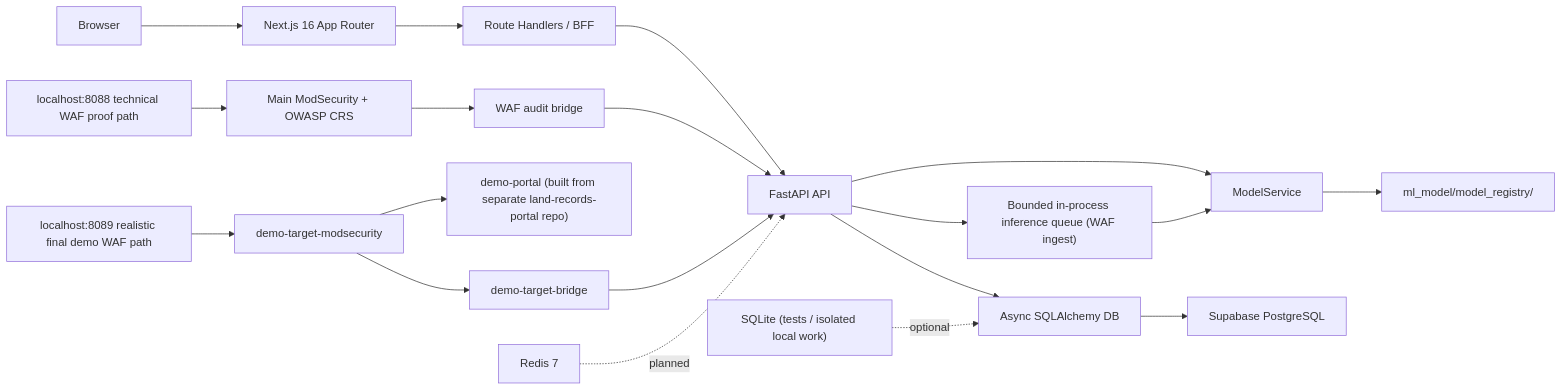
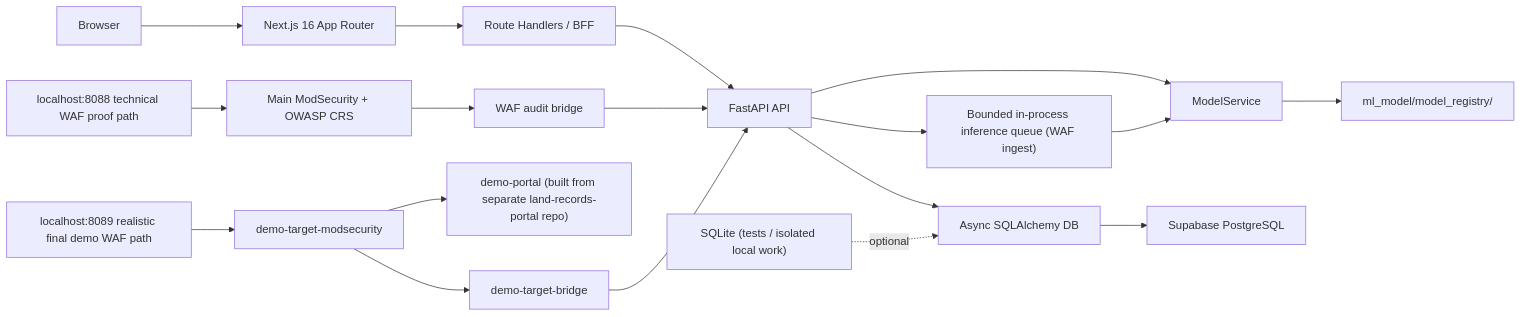
Before and after one commit to PooKYZZZ/injection-alert-system: the diagram in docs/architecture.md, drawn with Mermaid. The commit also changed other lines of this file and 11 other files, not shown here.

````diff
--- a/docs/architecture.md
+++ b/docs/architecture.md
@@ -11,22 +9,21 @@
 ```mermaid
 flowchart LR
     Browser["Browser"] --> Next["Next.js 16 App Router"]
     Next --> BFF["Route Handlers / BFF"]
     BFF --> FastAPI["FastAPI API"]
     FastAPI --> Model["ModelService"]
     FastAPI --> Queue["Bounded in-process inference queue (WAF ingest)"]
     Queue --> Model
     FastAPI --> DB["Async SQLAlchemy DB"]
     Model --> Registry["ml_model/model_registry/"]
     DB --> Supabase["Supabase PostgreSQL"]
 
     SQLite["SQLite (tests / isolated local work)"] -. optional .-> DB
     WAFProof["localhost:8088 technical WAF proof path"] --> ModSec["Main ModSecurity + OWASP CRS"]
     ModSec --> Bridge["WAF audit bridge"]
     Bridge --> FastAPI
     DemoWAF["localhost:8089 realistic final demo WAF path"] --> DemoModSec["demo-target-modsecurity"]
     DemoModSec --> DemoTarget["demo-portal (built from separate land-records-portal repo)"]
     DemoModSec --> DemoBridge["demo-target-bridge"]
     DemoBridge --> FastAPI
-    Redis["Redis 7"] -. planned .-> FastAPI
 ```
````
